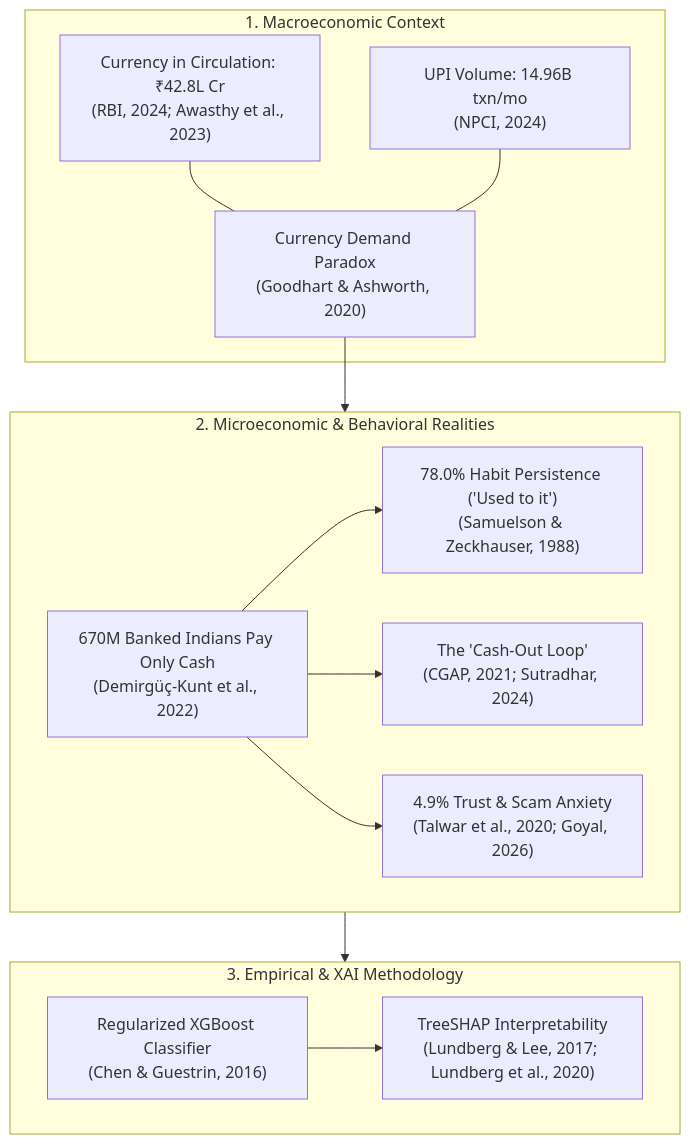
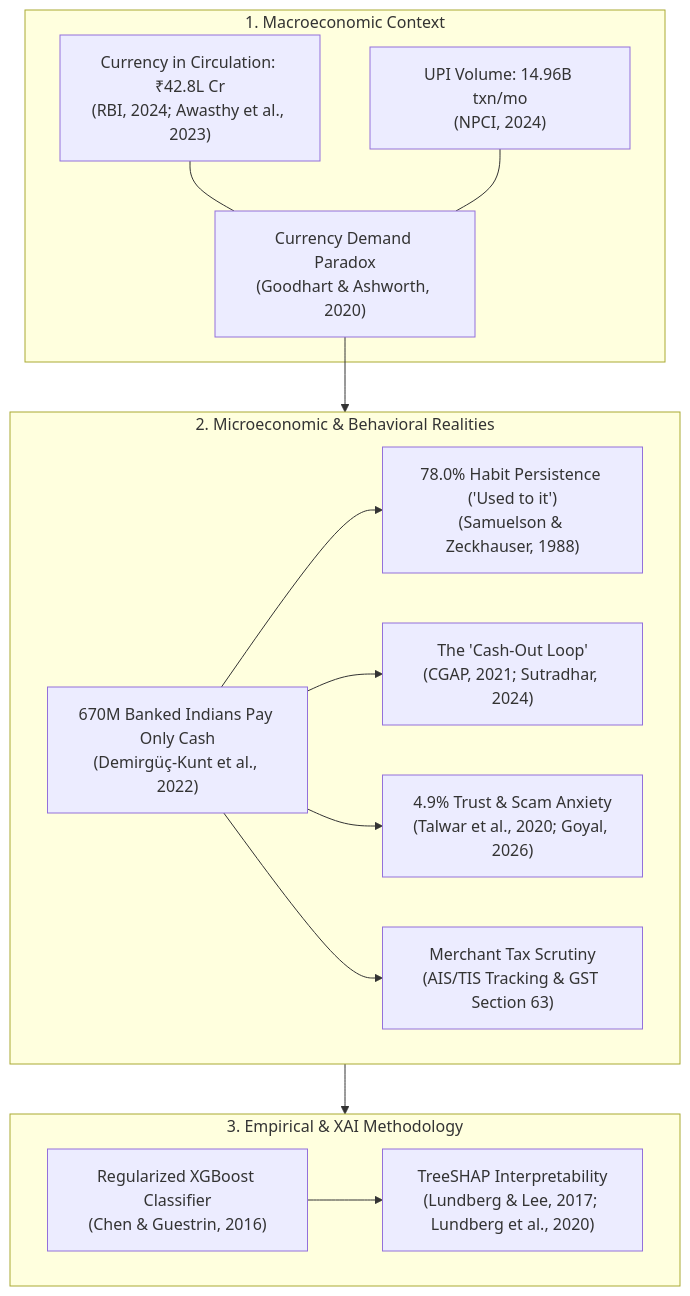
One commit to aryawadhwa/pomeel changed the diagram in paper/RESEARCH_PAPER.md. Above: the diagram before and after it, drawn with Mermaid. The commit also changed other lines of this file and 4 other files, not shown here.

Commit message:
feat: integrate Global Findex 2025 support and merchant tax-compliance dynamics (AIS/TIS & GST)

````diff
--- a/paper/RESEARCH_PAPER.md
+++ b/paper/RESEARCH_PAPER.md
@@ -41,29 +41,31 @@
 ```mermaid
 flowchart TD
     subgraph Macro [1. Macroeconomic Context]
         CiC["Currency in Circulation: ₹42.8L Cr<br/>(RBI, 2024; Awasthy et al., 2023)"]
         UPI["UPI Volume: 14.96B txn/mo<br/>(NPCI, 2024)"]
         Paradox["Currency Demand Paradox<br/>(Goodhart & Ashworth, 2020)"]
         CiC --- Paradox
         UPI --- Paradox
     end
 
     subgraph Micro [2. Microeconomic & Behavioral Realities]
         Findex["670M Banked Indians Pay Only Cash<br/>(Demirgüç-Kunt et al., 2022)"]
         Habit["78.0% Habit Persistence ('Used to it')<br/>(Samuelson & Zeckhauser, 1988)"]
         Loop["The 'Cash-Out Loop'<br/>(CGAP, 2021; Sutradhar, 2024)"]
         Trust["4.9% Trust & Scam Anxiety<br/>(Talwar et al., 2020; Goyal, 2026)"]
+        Tax["Merchant Tax Scrutiny<br/>(AIS/TIS Tracking & GST Section 63)"]
         Findex --> Habit
         Findex --> Loop
         Findex --> Trust
+        Findex --> Tax
     end
 
     subgraph Method [3. Empirical & XAI Methodology]
         XGB["Regularized XGBoost Classifier<br/>(Chen & Guestrin, 2016)"]
         SHAP["TreeSHAP Interpretability<br/>(Lundberg & Lee, 2017; Lundberg et al., 2020)"]
         XGB --> SHAP
     end
 
     Paradox --> Micro
     Micro --> Method
 ```
````
